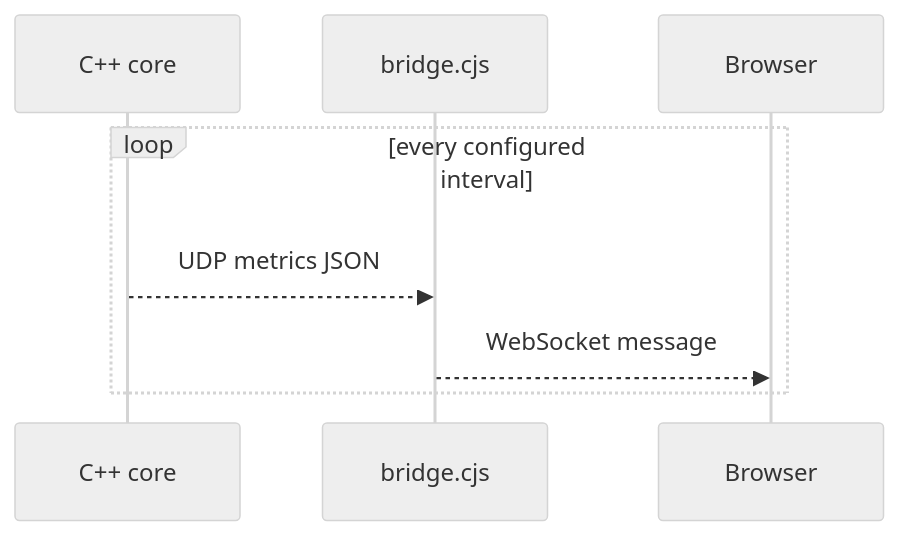
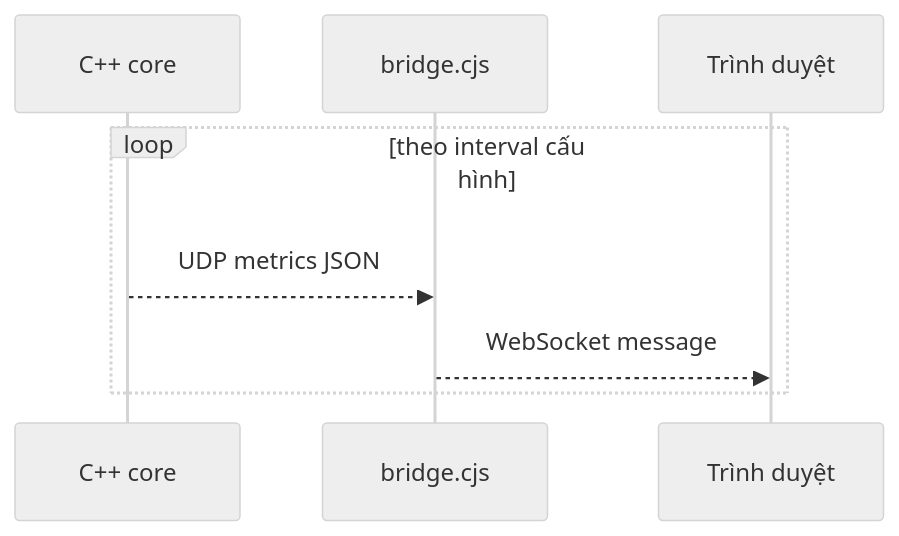
Before and after one commit to Dinhthuy2k5/remote-sensing-pipeline: the second of 5 diagrams in docs/ARCHITECTURE.md, drawn with Mermaid (neutral theme). The commit also changed other lines of this file and 5 other files, not shown here.

````diff
--- a/docs/ARCHITECTURE.md
+++ b/docs/ARCHITECTURE.md
@@ -78,11 +73,11 @@
 ```mermaid
 sequenceDiagram
     participant C as C++ core
     participant B as bridge.cjs
-    participant U as Browser
+    participant U as Trình duyệt
 
-    loop every configured interval
+    loop theo interval cấu hình
         C-->>B: UDP metrics JSON
         B-->>U: WebSocket message
     end
 ```
````
